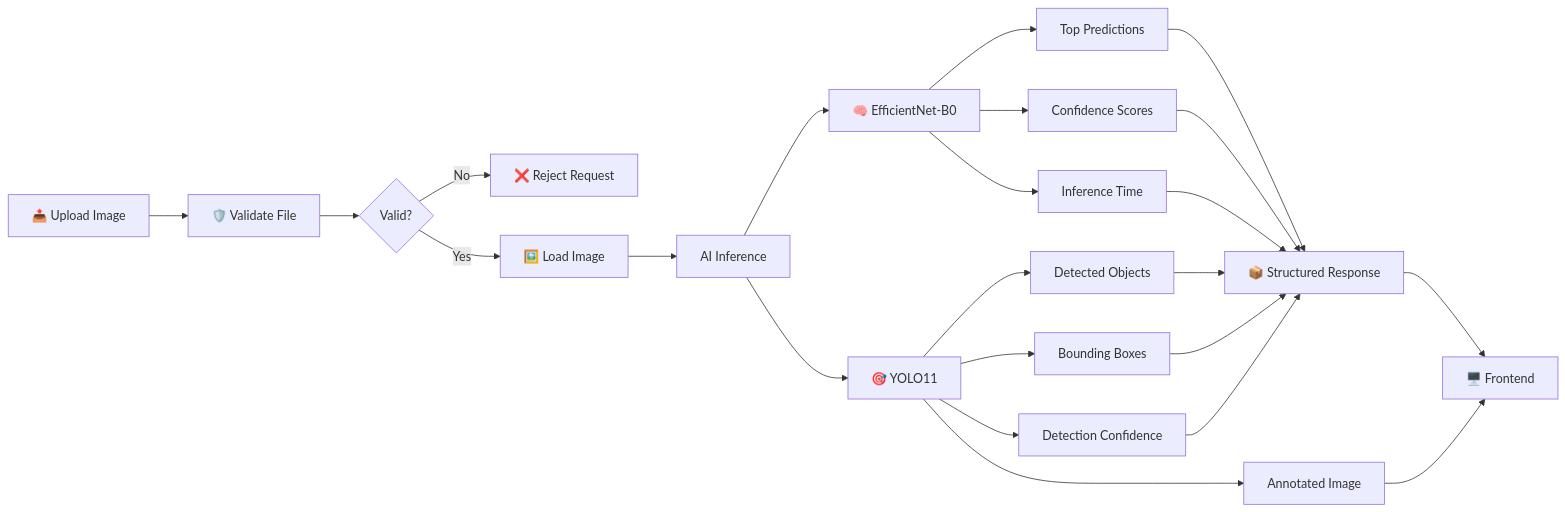
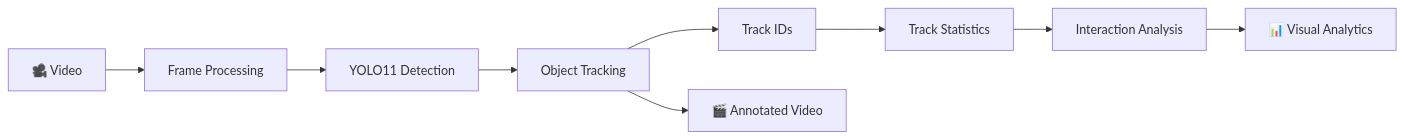
The second of 6 diagrams in README.md (Debankumardas/AI-Visual-Intelligence-API), drawn with Mermaid before and after one commit. The commit also changed other lines of this file, not shown here.

````diff
--- a/README.md
+++ b/README.md
@@ -133,35 +159,19 @@
 ```mermaid
 flowchart LR
 
-    A[📤 Upload Image] --> B[🛡️ Validate File]
+    A[🎥 Video] --> B[Frame Processing]
 
-    B --> C{Valid?}
+    B --> C[YOLO11 Detection]
 
-    C -->|No| D[❌ Reject Request]
-    C -->|Yes| E[🖼️ Load Image]
+    C --> D[Object Tracking]
 
-    E --> F[AI Inference]
+    D --> E[Track IDs]
 
-    F --> G[🧠 EfficientNet-B0]
-    F --> H[🎯 YOLO11]
+    E --> F[Track Statistics]
 
-    G --> I[Top Predictions]
-    G --> J[Confidence Scores]
-    G --> K[Inference Time]
+    F --> G[Interaction Analysis]
 
-    H --> L[Detected Objects]
-    H --> M[Bounding Boxes]
-    H --> N[Detection Confidence]
+    G --> H[📊 Visual Analytics]
 
-    H --> O[Annotated Image]
-
-    I --> P[📦 Structured Response]
-    J --> P
-    K --> P
-    L --> P
-    M --> P
-    N --> P
-
-    P --> Q[🖥️ Frontend]
-    O --> Q
+    D --> I[🎬 Annotated Video]
 ```
````
